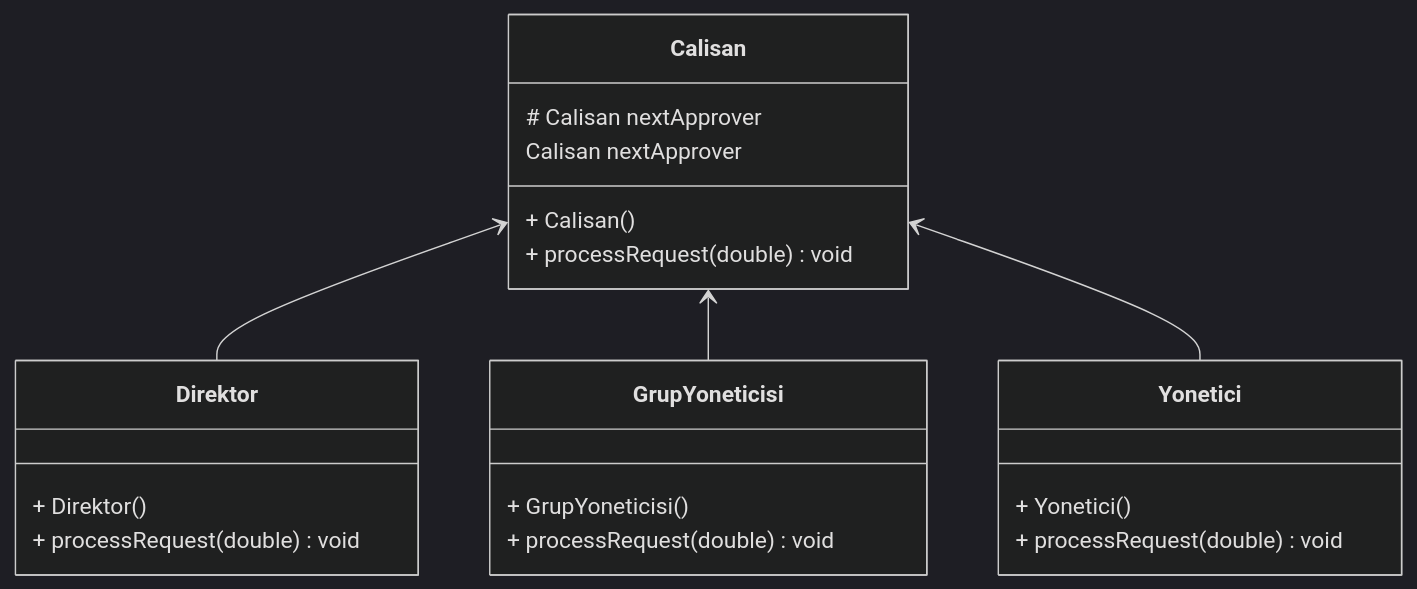
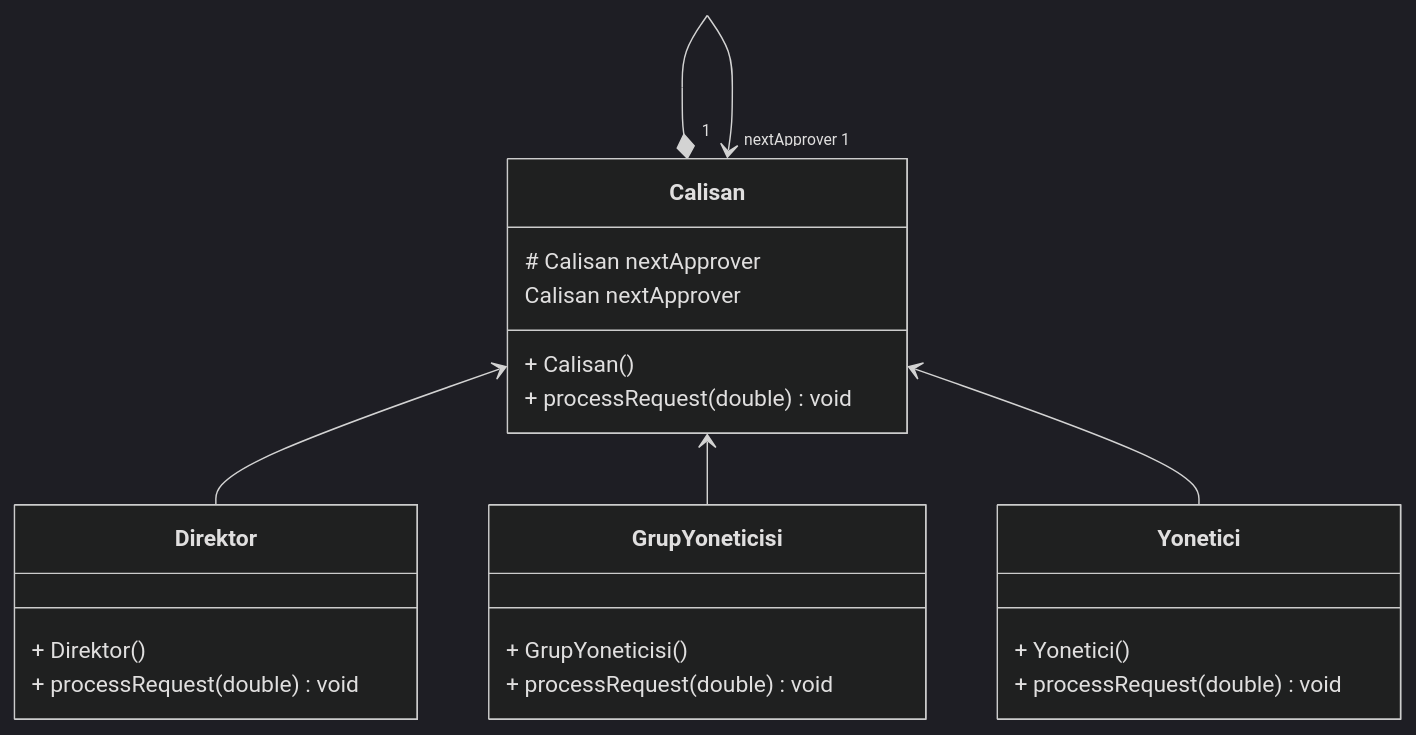
One commit to mcay51/design-pattern changed the diagram in behavioral/chainofresponsibility/README.md. Above: the diagram before and after it, drawn with Mermaid (dark theme). The commit also changed other lines of this file and 20 other files, not shown here.

First line of the commit message:
update README.md files add UML Diyagram

````diff
--- a/behavioral/chainofresponsibility/README.md
+++ b/behavioral/chainofresponsibility/README.md
@@ -100,26 +49,28 @@
 ```mermaid
 classDiagram
-direction BT
-class Calisan {
-+ Calisan()
-# Calisan nextApprover
-+ processRequest(double) void
-  Calisan nextApprover
-  }
-  class Direktor {
-+ Direktor()
-+ processRequest(double) void
-  }
-  class GrupYoneticisi {
-+ GrupYoneticisi()
-+ processRequest(double) void
-  }
-  class Yonetici {
-+ Yonetici()
-+ processRequest(double) void
-  }
+    direction BT
+    class Calisan {
+        + Calisan()
+        # Calisan nextApprover
+        + processRequest(double) void
+        Calisan nextApprover
+    }
+    class Direktor {
+        + Direktor()
+        + processRequest(double) void
+    }
+    class GrupYoneticisi {
+        + GrupYoneticisi()
+        + processRequest(double) void
+    }
+    class Yonetici {
+        + Yonetici()
+        + processRequest(double) void
+    }
 
-Direktor  -->  Calisan
-GrupYoneticisi  -->  Calisan
-Yonetici  -->  Calisan 
+    Calisan "1" *--> "nextApprover 1" Calisan
+    Direktor  -->  Calisan
+    GrupYoneticisi  -->  Calisan
+    Yonetici  -->  Calisan
+
 ```
````
